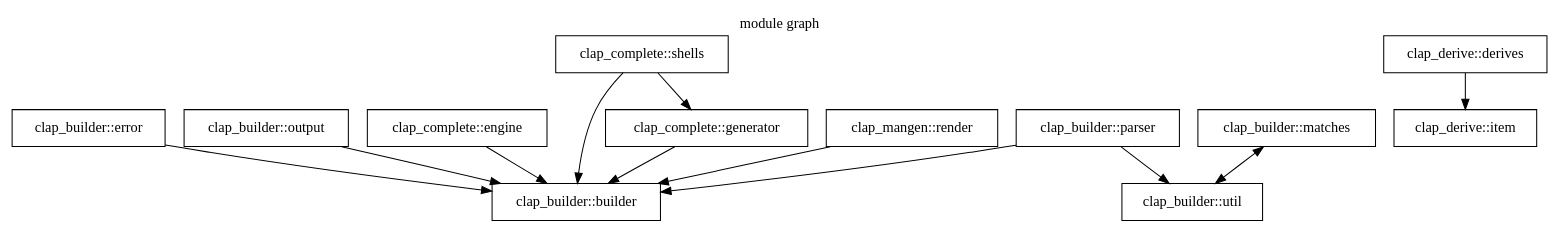
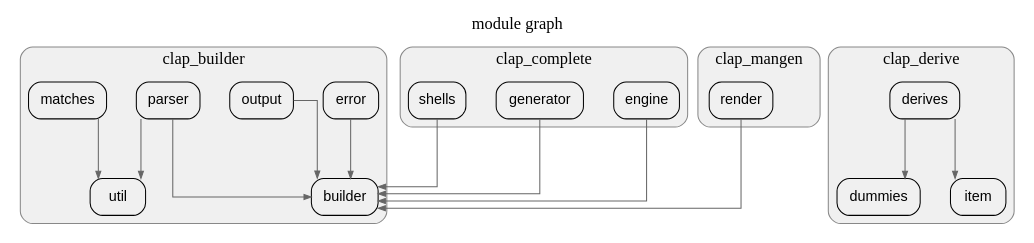
One commit to allenanswerzq/llmcc changed the diagram in sample/clap/depth_2_module.dot. Above: the diagram before and after it, drawn with Graphviz. The commit also changed 249 other files, not shown here.

```diff
--- a/sample/clap/depth_2_module.dot
+++ b/sample/clap/depth_2_module.dot
@@ -1,31 +1,78 @@
 digraph architecture {
-  node [shape=box];
+  // Layout settings
+  rankdir=TB;
+  ranksep=0.8;
+  nodesep=0.4;
+  splines=ortho;
+  concentrate=true;
+
+  node [shape=box, style="rounded,filled", fillcolor="#f0f0f0", fontname="Helvetica"];
+  edge [color="#666666", arrowsize=0.7];
 
   label="module graph";
   labelloc=t;
+  fontsize=16;
+  fontname="Helvetica Bold";
 
-  mod_clap_builder_builder[label="clap_builder::builder"];
-  mod_clap_builder_error[label="clap_builder::error"];
-  mod_clap_builder_matches[label="clap_builder::matches"];
-  mod_clap_builder_output[label="clap_builder::output"];
-  mod_clap_builder_parser[label="clap_builder::parser"];
-  mod_clap_builder_util[label="clap_builder::util"];
-  mod_clap_complete_engine[label="clap_complete::engine"];
-  mod_clap_complete_generator[label="clap_complete::generator"];
-  mod_clap_complete_shells[label="clap_complete::shells"];
-  mod_clap_derive_derives[label="clap_derive::derives"];
-  mod_clap_derive_item[label="clap_derive::item"];
-  mod_clap_mangen_render[label="clap_mangen::render"];
+  subgraph cluster_clap_builder {
+    label="clap_builder";
+    style=rounded;
+    color="#888888";
+    bgcolor="#f0f0f0";
+    fontname="Helvetica Bold";
+
+    mod_clap_builder_builder[label="builder"];
+    mod_clap_builder_error[label="error"];
+    mod_clap_builder_matches[label="matches"];
+    mod_clap_builder_output[label="output"];
+    mod_clap_builder_parser[label="parser"];
+    mod_clap_builder_util[label="util"];
+  }
+
+  subgraph cluster_clap_complete {
+    label="clap_complete";
+    style=rounded;
+    color="#888888";
+    bgcolor="#f0f0f0";
+    fontname="Helvetica Bold";
+
+    mod_clap_complete_engine[label="engine"];
+    mod_clap_complete_generator[label="generator"];
+    mod_clap_complete_shells[label="shells"];
+  }
+
+  subgraph cluster_clap_derive {
+    label="clap_derive";
+    style=rounded;
+    color="#888888";
+    bgcolor="#f0f0f0";
+    fontname="Helvetica Bold";
+
+    mod_clap_derive_derives[label="derives"];
+    mod_clap_derive_dummies[label="dummies"];
+    mod_clap_derive_item[label="item"];
+  }
+
+  subgraph cluster_clap_mangen {
+    label="clap_mangen";
+    style=rounded;
+    color="#888888";
+    bgcolor="#f0f0f0";
+    fontname="Helvetica Bold";
+
+    mod_clap_mangen_render[label="render"];
+  }
+
 
   mod_clap_builder_error -> mod_clap_builder_builder;
-  mod_clap_builder_matches -> mod_clap_builder_util [dir=both];
+  mod_clap_builder_matches -> mod_clap_builder_util;
   mod_clap_builder_output -> mod_clap_builder_builder;
   mod_clap_builder_parser -> mod_clap_builder_builder;
   mod_clap_builder_parser -> mod_clap_builder_util;
   mod_clap_complete_engine -> mod_clap_builder_builder;
   mod_clap_complete_generator -> mod_clap_builder_builder;
   mod_clap_complete_shells -> mod_clap_builder_builder;
-  mod_clap_complete_shells -> mod_clap_complete_generator;
+  mod_clap_derive_derives -> mod_clap_derive_dummies;
   mod_clap_derive_derives -> mod_clap_derive_item;
   mod_clap_mangen_render -> mod_clap_builder_builder;
 }
```
